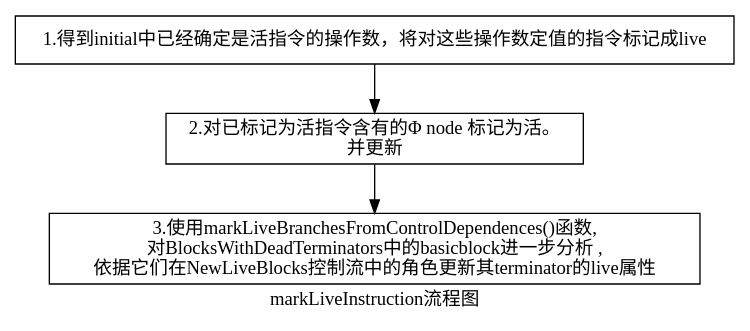
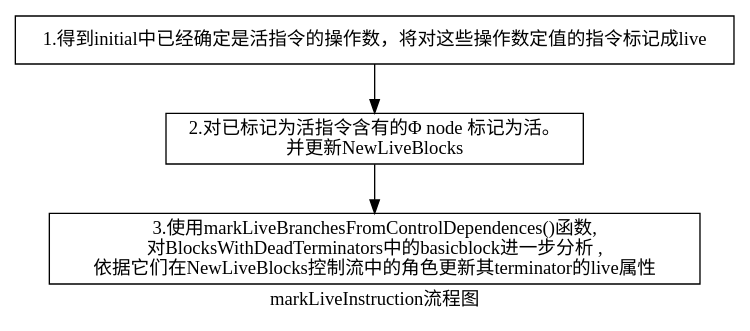
One commit to zhehaoli1999/cminus-compiler changed the diagram in lab3-2/report/markLiveInstruction流程图.dot. Above: the diagram before and after it, drawn with Graphviz. The commit also changed 4 other files, not shown here.

```diff
--- a/lab3-2/report/markLiveInstruction流程图.dot
+++ b/lab3-2/report/markLiveInstruction流程图.dot
@@ -1,10 +1,10 @@
 digraph "markLiveInstruction流程图" {
     label="markLiveInstruction流程图";
 
     n1 [shape=record,label="1.得到initial中已经确定是活指令的操作数，将对这些操作数定值的指令标记成live"]; 
-    n2 [shape=record,label="2.对已标记为活指令含有的Φ node 标记为活。\n 并更新"];
+    n2 [shape=record,label="2.对已标记为活指令含有的Φ node 标记为活。\n 并更新NewLiveBlocks"];
     n3 [shape=record,label="3.使用markLiveBranchesFromControlDependences()函数,\n 对BlocksWithDeadTerminators中的basicblock进一步分析
     ,\n 依据它们在NewLiveBlocks控制流中的角色更新其terminator的live属性"];
     
     n1->n2 ->n3 
 }
```
